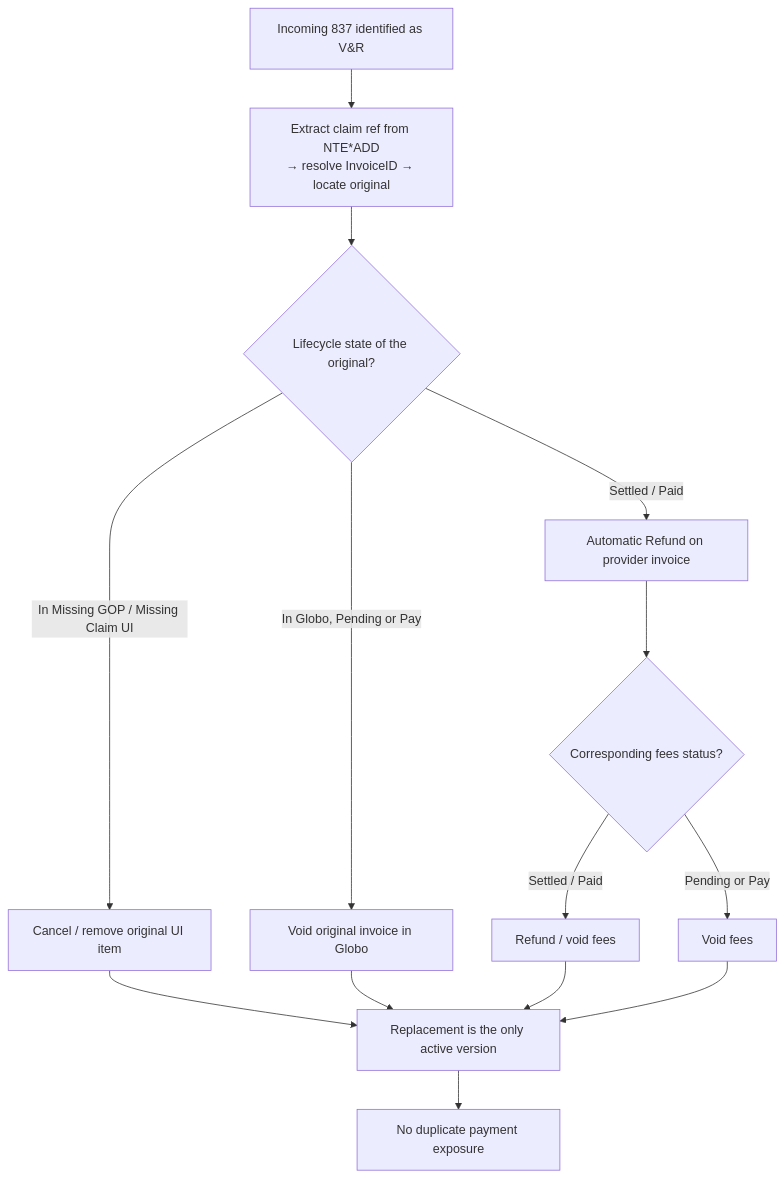
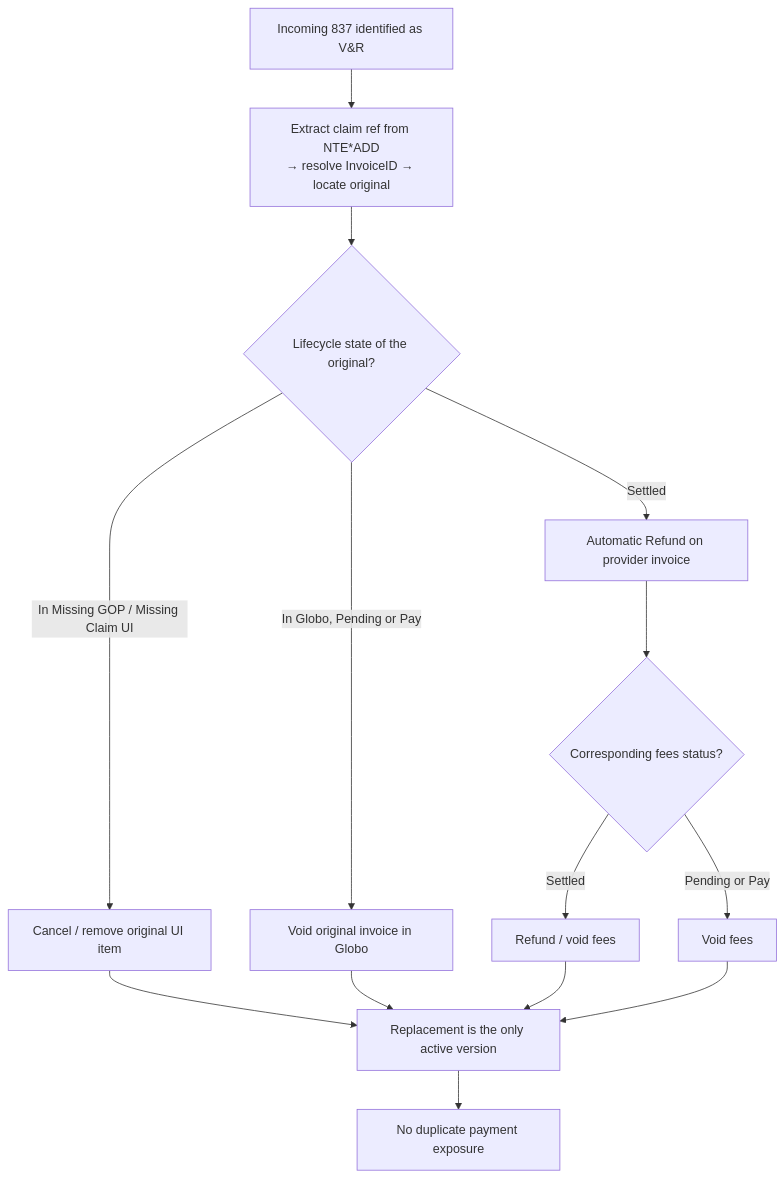
The second of 2 diagrams in docs/void-and-reissue-current-behavior.md (wkn2025/maresias-countdown), drawn with Mermaid before and after one commit. The commit also changed other lines of this file and 1 other file, not shown here.

First line of the commit message:
docs: make the V&R matrix readable in one view; drop "Settled/Paid"

````diff
--- a/docs/void-and-reissue-current-behavior.md
+++ b/docs/void-and-reissue-current-behavior.md
@@ -145,20 +151,20 @@
 ```mermaid
 flowchart TD
     A["Incoming 837 identified as V&R"] --> B["Extract claim ref from NTE*ADD<br/>→ resolve InvoiceID → locate original"]
     B --> C{"Lifecycle state of the original?"}
 
     C -->|In Missing GOP / Missing Claim UI| D["Cancel / remove original UI item"]
     C -->|In Globo, Pending or Pay| E["Void original invoice in Globo"]
-    C -->|Settled / Paid| F["Automatic Refund on provider invoice"]
+    C -->|Settled| F["Automatic Refund on provider invoice"]
 
     F --> G{"Corresponding fees status?"}
-    G -->|Settled / Paid| H["Refund / void fees"]
+    G -->|Settled| H["Refund / void fees"]
     G -->|Pending or Pay| I["Void fees"]
 
     D --> Z["Replacement is the only active version"]
     E --> Z
     H --> Z
     I --> Z
 
     Z --> Y["No duplicate payment exposure"]
 ```
````
